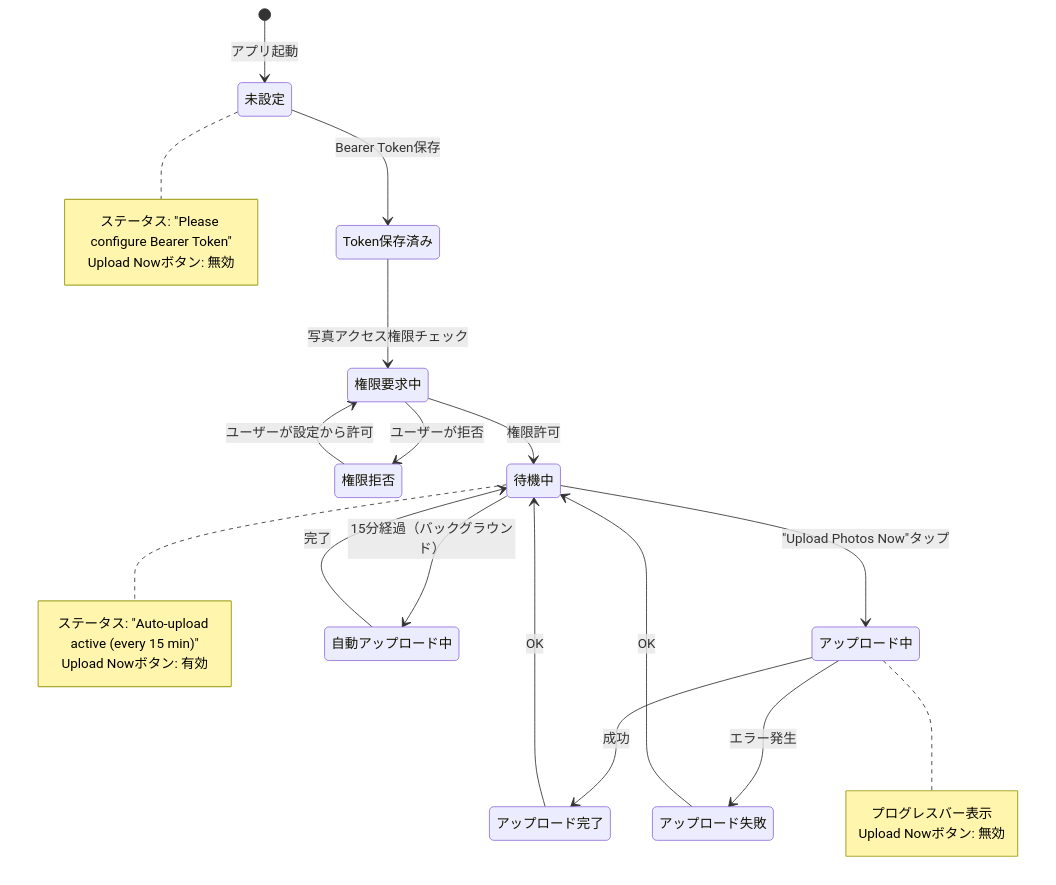
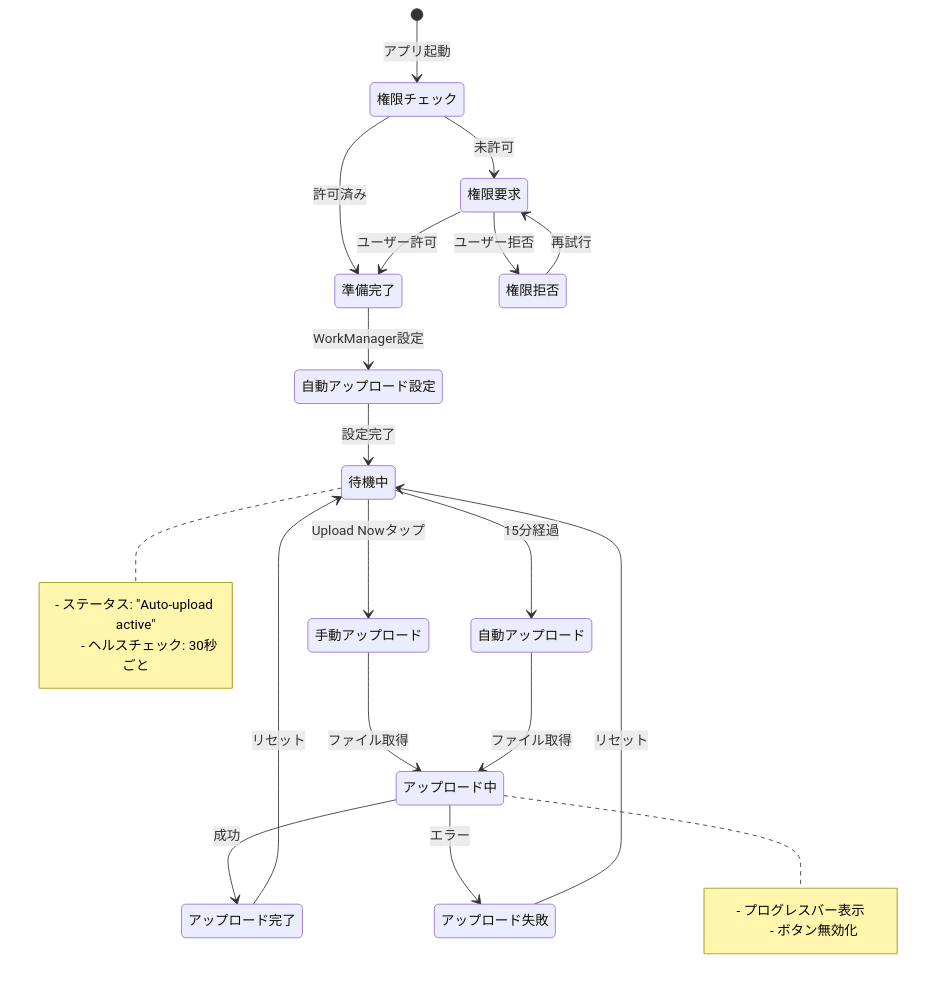
The third of 5 diagrams in android_storj_uploader/SCREEN_DESIGN.md (infinith4/dev-storj-uploader01), drawn with Mermaid before and after one commit. The commit also changed other lines of this file and 12 other files, not shown here.

````diff
--- a/android_storj_uploader/SCREEN_DESIGN.md
+++ b/android_storj_uploader/SCREEN_DESIGN.md
@@ -98,31 +420,29 @@
 ```mermaid
 stateDiagram-v2
-    [*] --> 未設定: アプリ起動
-    未設定 --> Token保存済み: Bearer Token保存
-    Token保存済み --> 権限要求中: 写真アクセス権限チェック
-    権限要求中 --> 権限拒否: ユーザーが拒否
-    権限要求中 --> 待機中: 権限許可
-    権限拒否 --> 権限要求中: ユーザーが設定から許可
-    待機中 --> アップロード中: "Upload Photos Now"タップ
-    待機中 --> 自動アップロード中: 15分経過（バックグラウンド）
+    [*] --> 権限チェック: アプリ起動
+    権限チェック --> 権限要求: 未許可
+    権限チェック --> 準備完了: 許可済み
+    権限要求 --> 権限拒否: ユーザー拒否
+    権限要求 --> 準備完了: ユーザー許可
+    権限拒否 --> 権限要求: 再試行
+    準備完了 --> 自動アップロード設定: WorkManager設定
+    自動アップロード設定 --> 待機中: 設定完了
+    待機中 --> 手動アップロード: Upload Nowタップ
+    待機中 --> 自動アップロード: 15分経過
+    手動アップロード --> アップロード中: ファイル取得
+    自動アップロード --> アップロード中: ファイル取得
     アップロード中 --> アップロード完了: 成功
-    アップロード中 --> アップロード失敗: エラー発生
-    自動アップロード中 --> 待機中: 完了
-    アップロード完了 --> 待機中: OK
-    アップロード失敗 --> 待機中: OK
-
-    note right of 未設定
-        ステータス: "Please configure Bearer Token"
-        Upload Nowボタン: 無効
-    end note
+    アップロード中 --> アップロード失敗: エラー
+    アップロード完了 --> 待機中: リセット
+    アップロード失敗 --> 待機中: リセット
 
     note right of 待機中
-        ステータス: "Auto-upload active (every 15 min)"
-        Upload Nowボタン: 有効
+        - ステータス: "Auto-upload active"
+        - ヘルスチェック: 30秒ごと
     end note
 
     note right of アップロード中
-        プログレスバー表示
-        Upload Nowボタン: 無効
+        - プログレスバー表示
+        - ボタン無効化
     end note
 ```
````
